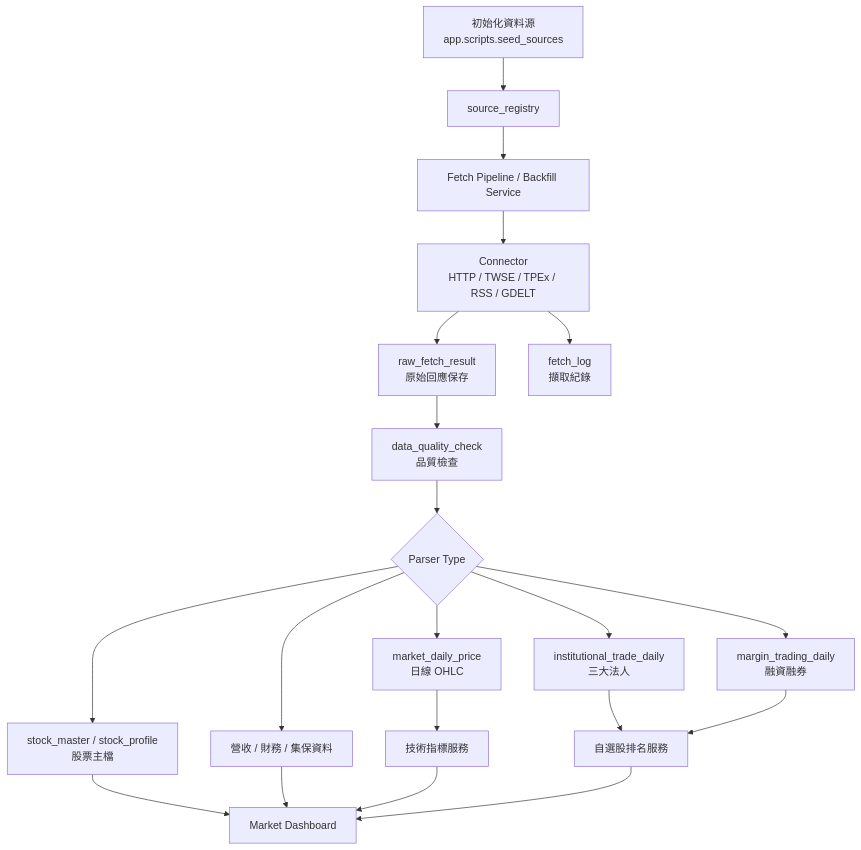
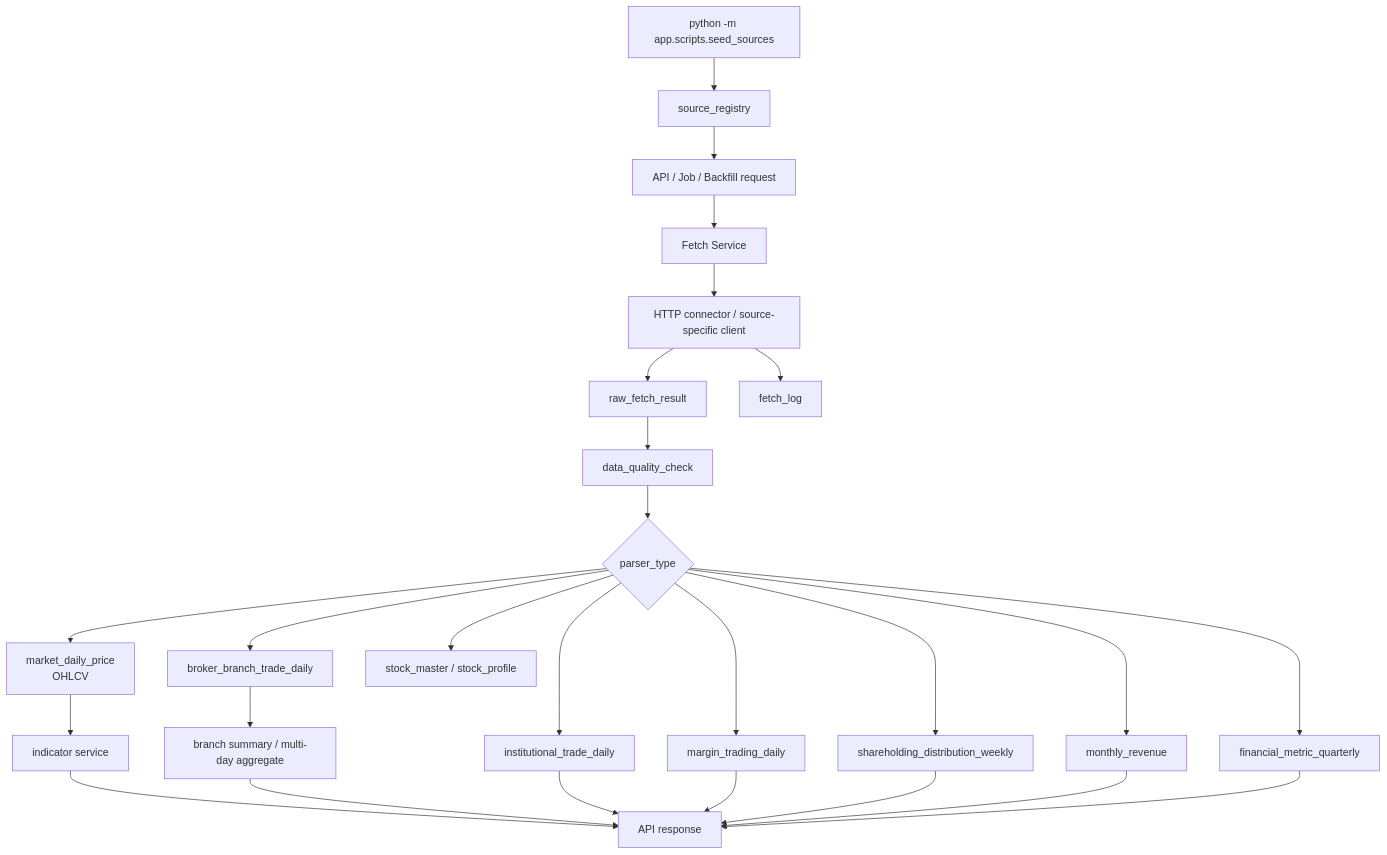
One commit to lulu930128/open-market-intelligence changed the third of 9 diagrams in README.md. Above: the diagram before and after it, drawn with Mermaid. The commit also changed other lines of this file, not shown here.

````diff
--- a/README.md
+++ b/README.md
@@ -54,24 +99,30 @@
 ```mermaid
 flowchart TD
-    seed["初始化資料源<br/>app.scripts.seed_sources"] --> source["source_registry"]
-    source --> fetch["Fetch Pipeline / Backfill Service"]
-    fetch --> connector["Connector<br/>HTTP / TWSE / TPEx / RSS / GDELT"]
-    connector --> raw["raw_fetch_result<br/>原始回應保存"]
-    connector --> log["fetch_log<br/>擷取紀錄"]
-    raw --> quality["data_quality_check<br/>品質檢查"]
-    quality --> parser{"Parser Type"}
+    seed["python -m app.scripts.seed_sources"] --> registry["source_registry"]
+    registry --> request["API / Job / Backfill request"]
+    request --> fetch["Fetch Service"]
+    fetch --> connector["HTTP connector / source-specific client"]
+    connector --> raw["raw_fetch_result"]
+    connector --> fetchLog["fetch_log"]
+    raw --> quality["data_quality_check"]
+    quality --> parser{"parser_type"}
 
-    parser --> daily["market_daily_price<br/>日線 OHLC"]
-    parser --> institutional["institutional_trade_daily<br/>三大法人"]
-    parser --> margin["margin_trading_daily<br/>融資融券"]
-    parser --> profile["stock_master / stock_profile<br/>股票主檔"]
-    parser --> metrics["營收 / 財務 / 集保資料"]
+    parser --> daily["market_daily_price<br/>OHLCV"]
+    parser --> inst["institutional_trade_daily"]
+    parser --> margin["margin_trading_daily"]
+    parser --> share["shareholding_distribution_weekly"]
+    parser --> revenue["monthly_revenue"]
+    parser --> financials["financial_metric_quarterly"]
+    parser --> branch["broker_branch_trade_daily"]
+    parser --> stocks["stock_master / stock_profile"]
 
-    daily --> indicator["技術指標服務"]
-    institutional --> ranking["自選股排名服務"]
-    margin --> ranking
-    profile --> dashboard["Market Dashboard"]
-    metrics --> dashboard
-    indicator --> dashboard
-    ranking --> dashboard
+    daily --> indicators["indicator service"]
+    branch --> branchSummary["branch summary / multi-day aggregate"]
+    indicators --> api["API response"]
+    branchSummary --> api
+    inst --> api
+    margin --> api
+    share --> api
+    revenue --> api
+    financials --> api
 ```
````
